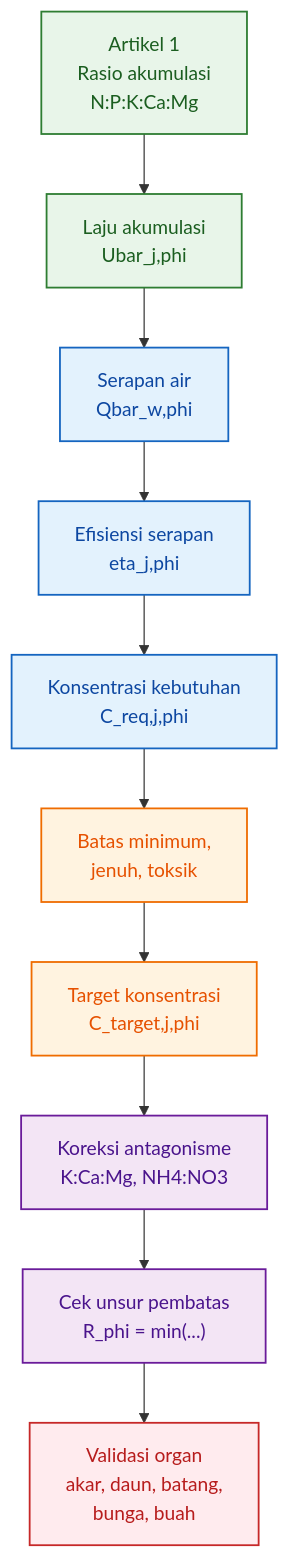
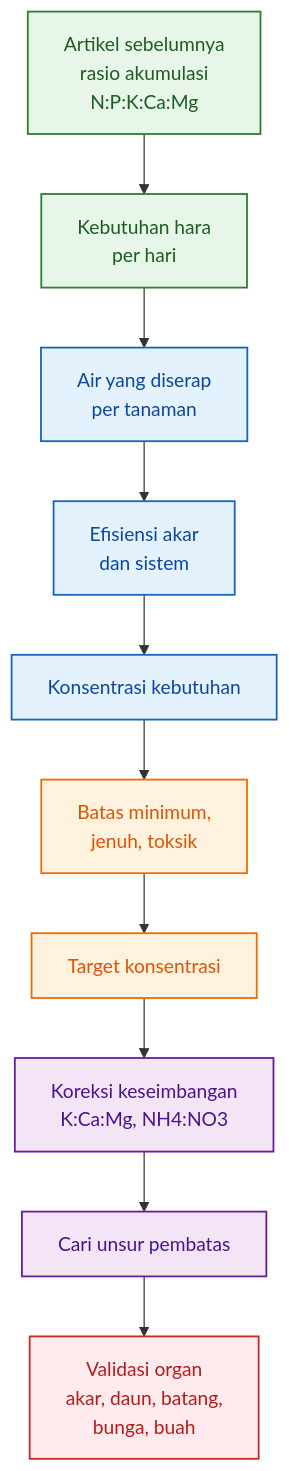
Before and after one commit to slametsampon/kawruhnology: diagram 15 of 15 in content/blog/agri/kebon/model-formula-hara.mdx, drawn with Mermaid. The commit also changed other lines of this file and 4 other files, not shown here.

````diff
--- a/content/blog/agri/kebon/model-formula-hara.mdx
+++ b/content/blog/agri/kebon/model-formula-hara.mdx
@@ -4490,24 +4360,24 @@
 ```mermaid id="bab11-alur-akhir"
 flowchart TD
-    A["Artikel 1<br/>Rasio akumulasi<br/>N:P:K:Ca:Mg"] --> B["Laju akumulasi<br/>Ubar_j,phi"]
-    B --> C["Serapan air<br/>Qbar_w,phi"]
-    C --> D["Efisiensi serapan<br/>eta_j,phi"]
-    D --> E["Konsentrasi kebutuhan<br/>C_req,j,phi"]
+    A["Artikel sebelumnya<br/>rasio akumulasi<br/>N:P:K:Ca:Mg"] --> B["Kebutuhan hara<br/>per hari"]
+    B --> C["Air yang diserap<br/>per tanaman"]
+    C --> D["Efisiensi akar<br/>dan sistem"]
+    D --> E["Konsentrasi kebutuhan"]
     E --> F["Batas minimum,<br/>jenuh, toksik"]
-    F --> G["Target konsentrasi<br/>C_target,j,phi"]
-    G --> H["Koreksi antagonisme<br/>K:Ca:Mg, NH4:NO3"]
-    H --> I["Cek unsur pembatas<br/>R_phi = min(...)"]
+    F --> G["Target konsentrasi"]
+    G --> H["Koreksi keseimbangan<br/>K:Ca:Mg, NH4:NO3"]
+    H --> I["Cari unsur pembatas"]
     I --> J["Validasi organ<br/>akar, daun, batang,<br/>bunga, buah"]
 
     classDef sumber fill:#E8F5E9,stroke:#2E7D32,stroke-width:1.5px,color:#1B5E20;
     classDef hitung fill:#E3F2FD,stroke:#1565C0,stroke-width:1.5px,color:#0D47A1;
     classDef batas fill:#FFF3E0,stroke:#EF6C00,stroke-width:1.5px,color:#E65100;
     classDef koreksi fill:#F3E5F5,stroke:#6A1B9A,stroke-width:1.5px,color:#4A148C;
     classDef validasi fill:#FFEBEE,stroke:#C62828,stroke-width:1.5px,color:#B71C1C;
 
     class A,B sumber;
     class C,D,E hitung;
     class F,G batas;
     class H,I koreksi;
     class J validasi;
 ```
````
